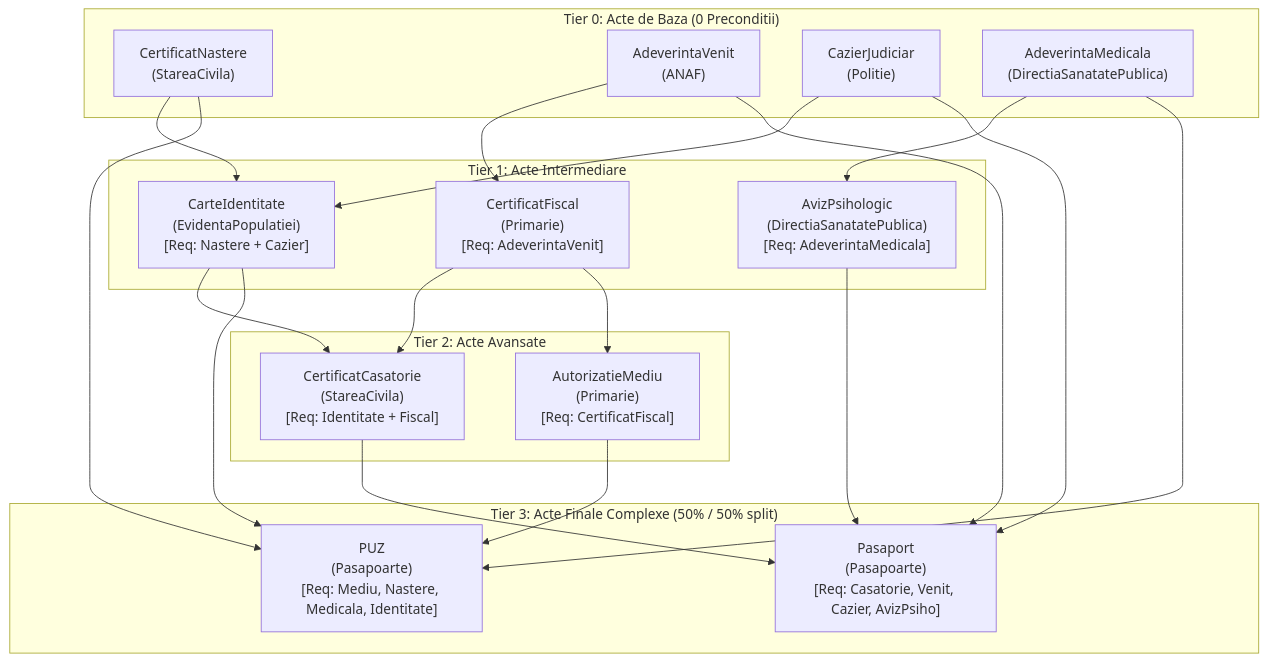
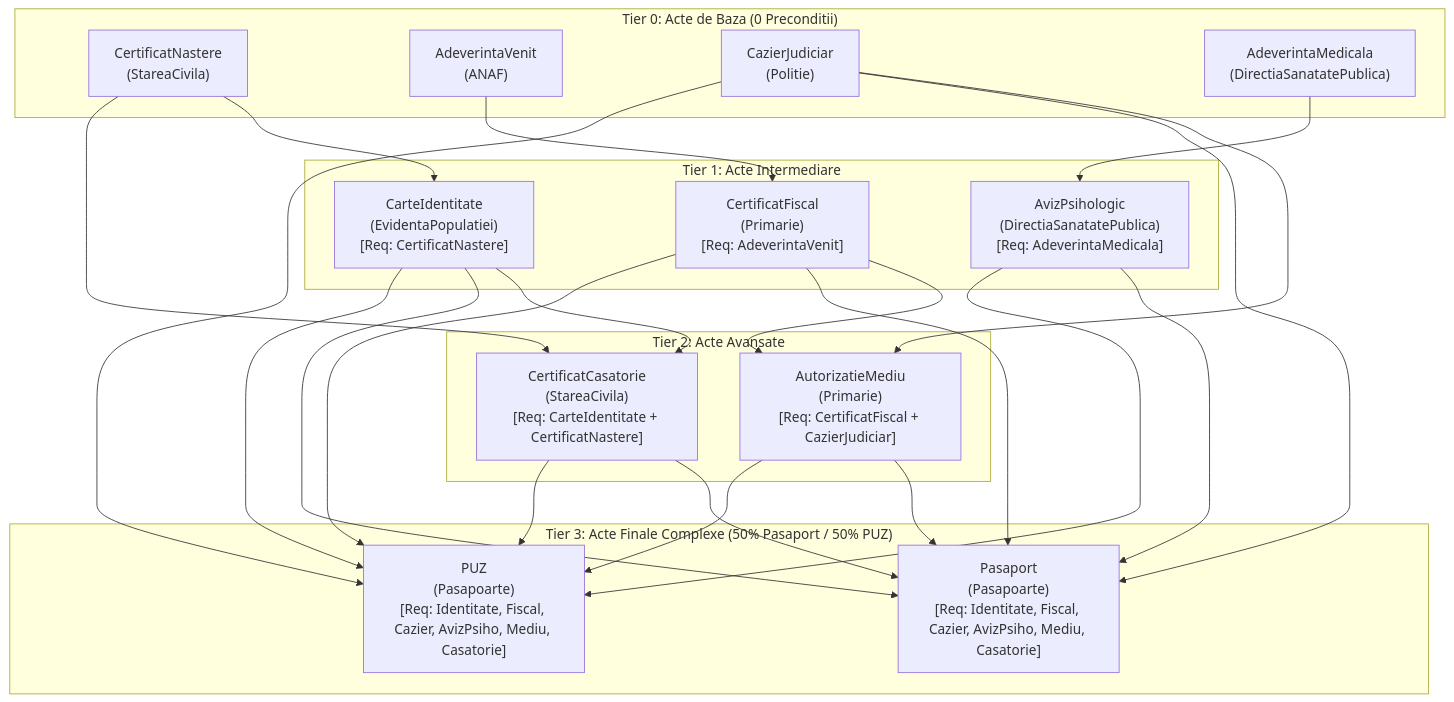
One commit to SovietskySoldatie/FacultyProject-CEBP changed the third of 10 diagrams in reqs/reqs.md. Above: the diagram before and after it, drawn with Mermaid. The commit also changed other lines of this file and 4 other files, not shown here.

Commit message:
docs: comprehensive update of all documentation files, architecture, specifications, and README in English

````diff
--- a/reqs/reqs.md
+++ b/reqs/reqs.md
@@ -173,47 +209,38 @@
 ```mermaid
 flowchart TD
     subgraph Tier0["Tier 0: Acte de Baza (0 Preconditii)"]
         D1["CertificatNastere\n(StareaCivila)"]
         D2["AdeverintaVenit\n(ANAF)"]
         D3["CazierJudiciar\n(Politie)"]
         D4["AdeverintaMedicala\n(DirectiaSanatatePublica)"]
     end
 
     subgraph Tier1["Tier 1: Acte Intermediare"]
-        D5["CarteIdentitate\n(EvidentaPopulatiei)\n[Req: Nastere + Cazier]"]
+        D5["CarteIdentitate\n(EvidentaPopulatiei)\n[Req: CertificatNastere]"]
         D6["CertificatFiscal\n(Primarie)\n[Req: AdeverintaVenit]"]
         D7["AvizPsihologic\n(DirectiaSanatatePublica)\n[Req: AdeverintaMedicala]"]
     end
 
     subgraph Tier2["Tier 2: Acte Avansate"]
-        D8["CertificatCasatorie\n(StareaCivila)\n[Req: Identitate + Fiscal]"]
-        D9["AutorizatieMediu\n(Primarie)\n[Req: CertificatFiscal]"]
+        D8["CertificatCasatorie\n(StareaCivila)\n[Req: CarteIdentitate + CertificatNastere]"]
+        D9["AutorizatieMediu\n(Primarie)\n[Req: CertificatFiscal + CazierJudiciar]"]
     end
 
-    subgraph Tier3["Tier 3: Acte Finale Complexe (50% / 50% split)"]
-        TARGET_PASAPORT["Pasaport\n(Pasapoarte)\n[Req: Casatorie, Venit, Cazier, AvizPsiho]"]
-        TARGET_PUZ["PUZ\n(Pasapoarte)\n[Req: Mediu, Nastere, Medicala, Identitate]"]
+    subgraph Tier3["Tier 3: Acte Finale Complexe (50% Pasaport / 50% PUZ)"]
+        TARGET_PASAPORT["Pasaport\n(Pasapoarte)\n[Req: Identitate, Fiscal, Cazier, AvizPsiho, Mediu, Casatorie]"]
+        TARGET_PUZ["PUZ\n(Pasapoarte)\n[Req: Identitate, Fiscal, Cazier, AvizPsiho, Mediu, Casatorie]"]
     end
 
     D1 --> D5
-    D3 --> D5
-
     D2 --> D6
-
     D4 --> D7
 
     D5 --> D8
-    D6 --> D8
+    D1 --> D8
 
     D6 --> D9
+    D3 --> D9
 
-    D8 --> TARGET_PASAPORT
-    D2 --> TARGET_PASAPORT
-    D3 --> TARGET_PASAPORT
-    D7 --> TARGET_PASAPORT
-
-    D9 --> TARGET_PUZ
-    D1 --> TARGET_PUZ
-    D4 --> TARGET_PUZ
-    D5 --> TARGET_PUZ
+    D5 & D6 & D3 & D7 & D9 & D8 --> TARGET_PASAPORT
+    D5 & D6 & D3 & D7 & D9 & D8 --> TARGET_PUZ
 ```
````
